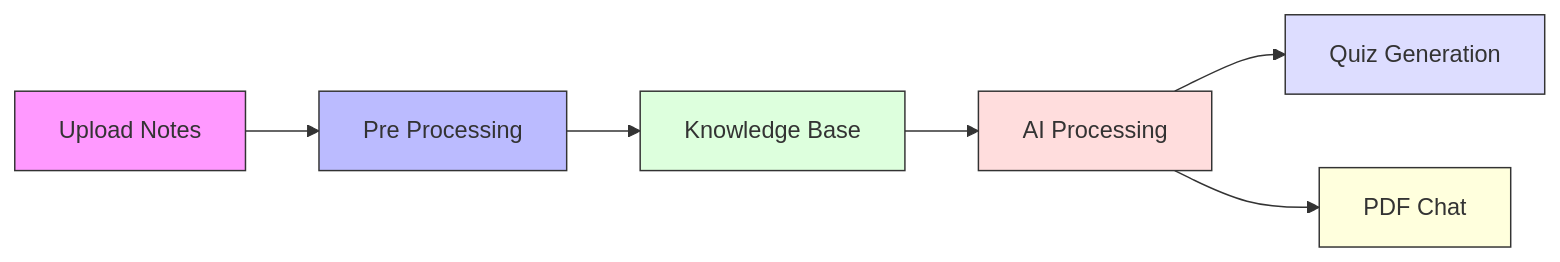
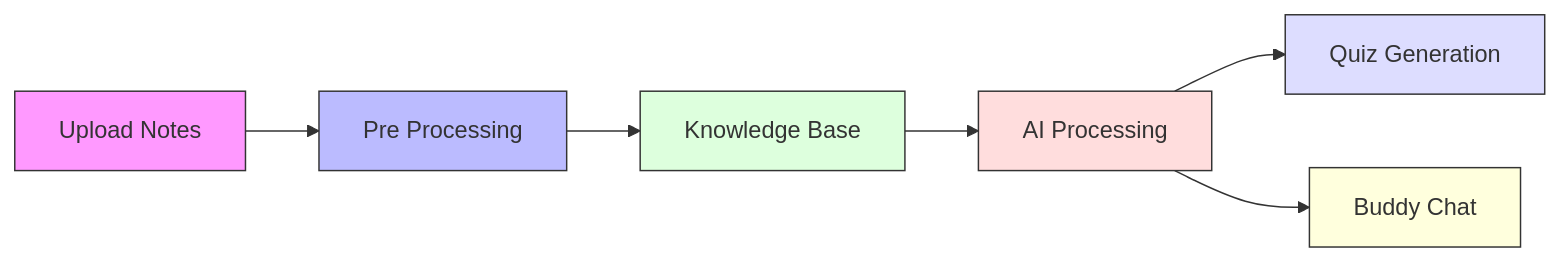
Before and after one commit to Nekonardo/StudyBuddy: the first of 5 diagrams in README.md, drawn with Mermaid. The commit also changed other lines of this file, not shown here.

````diff
--- a/README.md
+++ b/README.md
@@ -128,16 +128,16 @@
 ```mermaid
 graph LR
     A[Upload Notes] --> B[Pre Processing]
     B --> C[Knowledge Base]
     C --> D[AI Processing]
     D --> E[Quiz Generation]
-    D --> F[PDF Chat]
+    D --> F[Buddy Chat]
 
     style A fill:#f9f,stroke:#333
     style B fill:#bbf,stroke:#333
     style C fill:#dfd,stroke:#333
     style D fill:#fdd,stroke:#333
     style E fill:#ddf,stroke:#333
     style F fill:#ffd,stroke:#333
 
 ```
````
